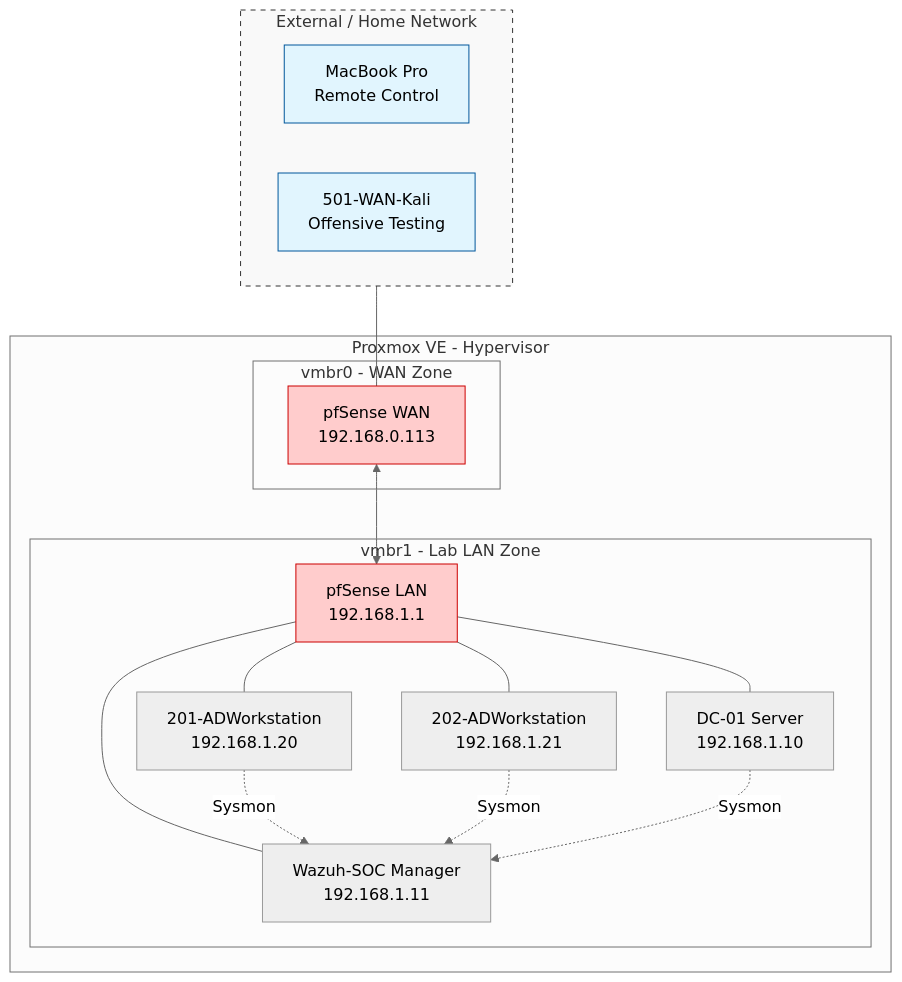
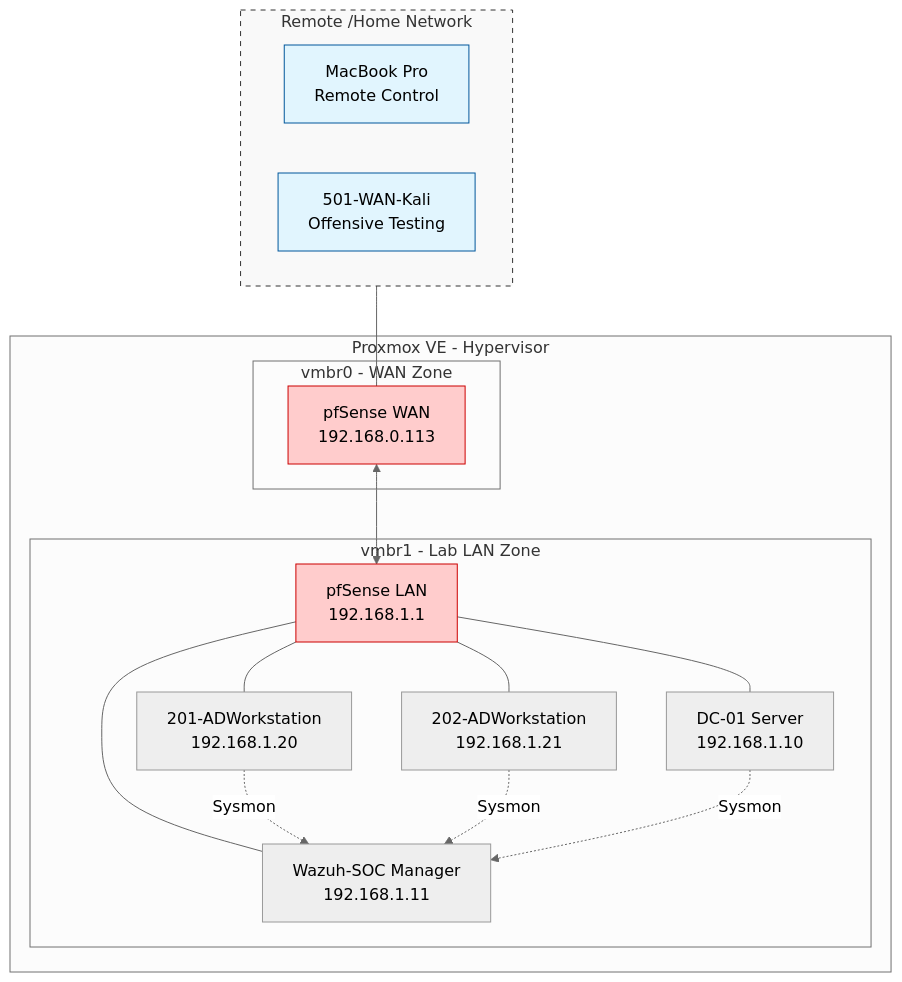
One commit to mdud7/Server-Infrastructure-Doc changed the diagram in 00_Architecture/Network_Topology.md. Above: the diagram before and after it, drawn with Mermaid (neutral theme). The commit also changed other lines of this file, not shown here.

Commit message:
Architecture commit update

````diff
--- a/00_Architecture/Network_Topology.md
+++ b/00_Architecture/Network_Topology.md
@@ -28,48 +31,48 @@
 ```mermaid
 graph TD
     %% Outside section - Remote Access and Testing
-    subgraph Outside_World [External / Home Network]
+    subgraph Outside_World [Remote /Home Network]
         direction LR
         Mac[MacBook Pro<br/>Remote Control]
         Kali[501-WAN-Kali<br/>Offensive Testing]
     end
 
     Outside_World --- pfWAN
 
     subgraph Proxmox [Proxmox VE - Hypervisor]
         
         subgraph outside_network [vmbr0 - WAN Zone]
             pfWAN[pfSense WAN<br/>192.168.0.113]
         end
 
         subgraph Lab_isolated [vmbr1 - Lab LAN Zone]
             pfLAN[pfSense LAN<br/>192.168.1.1]
             
             DC[DC-01 Server<br/>192.168.1.10]
             Wazuh[Wazuh-SOC Manager<br/>192.168.1.11]
             WK1[201-ADWorkstation<br/>192.168.1.20]
             WK2[202-ADWorkstation<br/>192.168.1.21]
         end
     end
 
     %% Connection between firewall interfaces
     pfWAN <--> pfLAN
 
     %% Inside-lab connections
     pfLAN --- DC
     pfLAN --- Wazuh
     pfLAN --- WK1
     pfLAN --- WK2
 
     %% Logs centralization flow
     WK1 -.->|Sysmon| Wazuh
     WK2 -.->|Sysmon| Wazuh
     DC -.->|Sysmon| Wazuh
 
     %% Styling
     style Outside_World fill:#f9f9f9,stroke:#333,stroke-dasharray: 5 5
     style pfWAN fill:#ffcccc,stroke:#cc0000
     style pfLAN fill:#ffcccc,stroke:#cc0000
     style Kali fill:#e1f5fe,stroke:#01579b
     style Mac fill:#e1f5fe,stroke:#01579b
 ```
````
